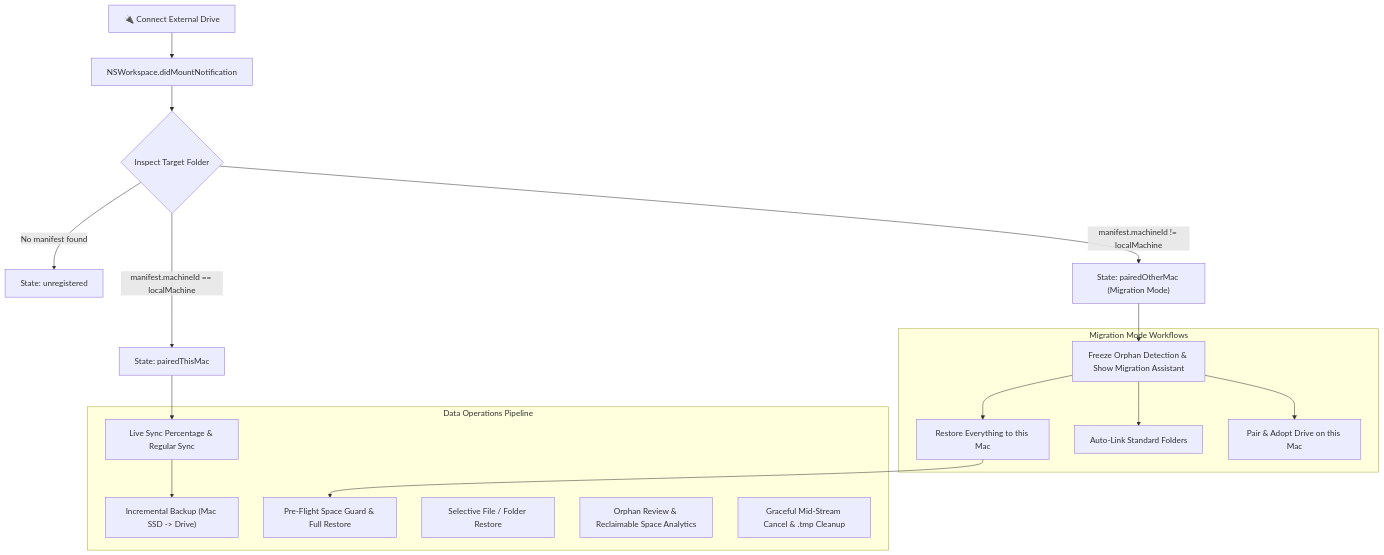
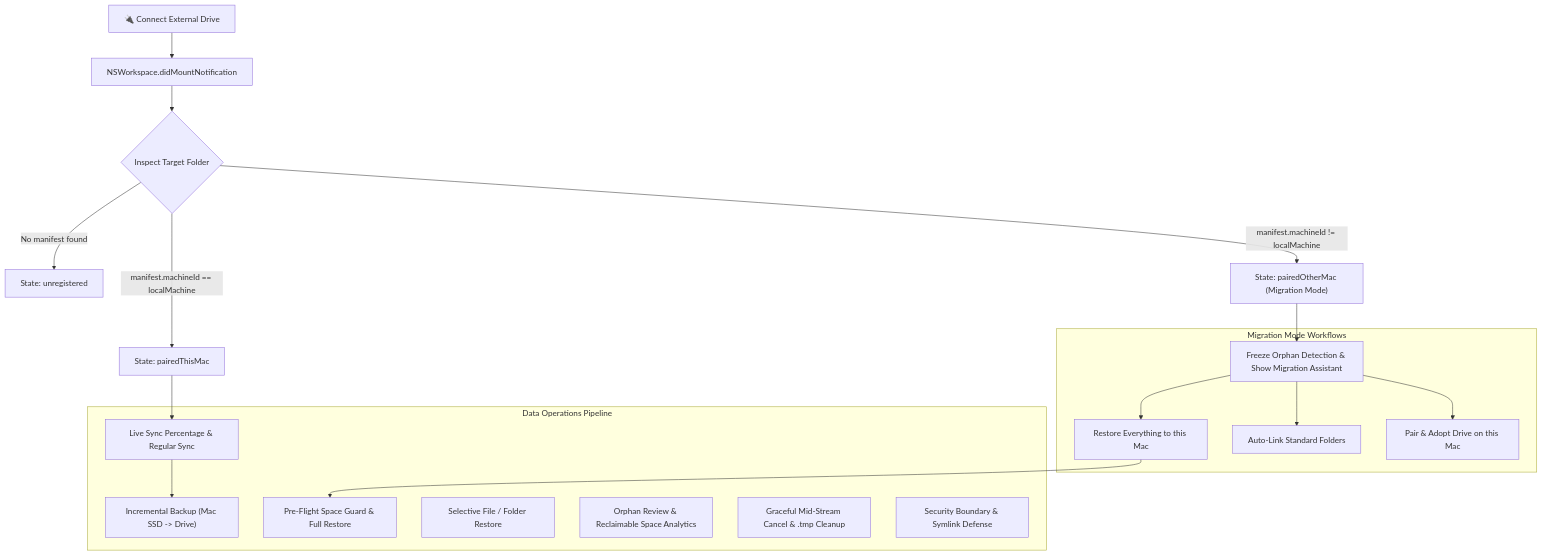
Before and after one commit to rituparnaprof/macbackup: the diagram in ARCHITECTURE.md, drawn with Mermaid. The commit also changed other lines of this file and 8 other files, not shown here.

````diff
--- a/ARCHITECTURE.md
+++ b/ARCHITECTURE.md
@@ -9,25 +9,26 @@
 ```mermaid
 flowchart TD
     A["🔌 Connect External Drive"] --> B["NSWorkspace.didMountNotification"]
     B --> C{"Inspect Target Folder"}
     C -- "No manifest found" --> D["State: unregistered"]
     C -- "manifest.machineId == localMachine" --> E["State: pairedThisMac"]
     C -- "manifest.machineId != localMachine" --> F["State: pairedOtherMac (Migration Mode)"]
     
     E --> G["Live Sync Percentage & Regular Sync"]
     F --> H["Freeze Orphan Detection & Show Migration Assistant"]
     
     subgraph MigrationAssistant ["Migration Mode Workflows"]
         H --> H1["Restore Everything to this Mac"]
         H --> H2["Auto-Link Standard Folders"]
         H --> H3["Pair & Adopt Drive on this Mac"]
     end
     
     subgraph DataOperations ["Data Operations Pipeline"]
         G --> OP1["Incremental Backup (Mac SSD -> Drive)"]
         H1 --> OP2["Pre-Flight Space Guard & Full Restore"]
         OP3["Selective File / Folder Restore"]
         OP4["Orphan Review & Reclaimable Space Analytics"]
         OP5["Graceful Mid-Stream Cancel & .tmp Cleanup"]
+        OP6["Security Boundary & Symlink Defense"]
     end
 ```
````
